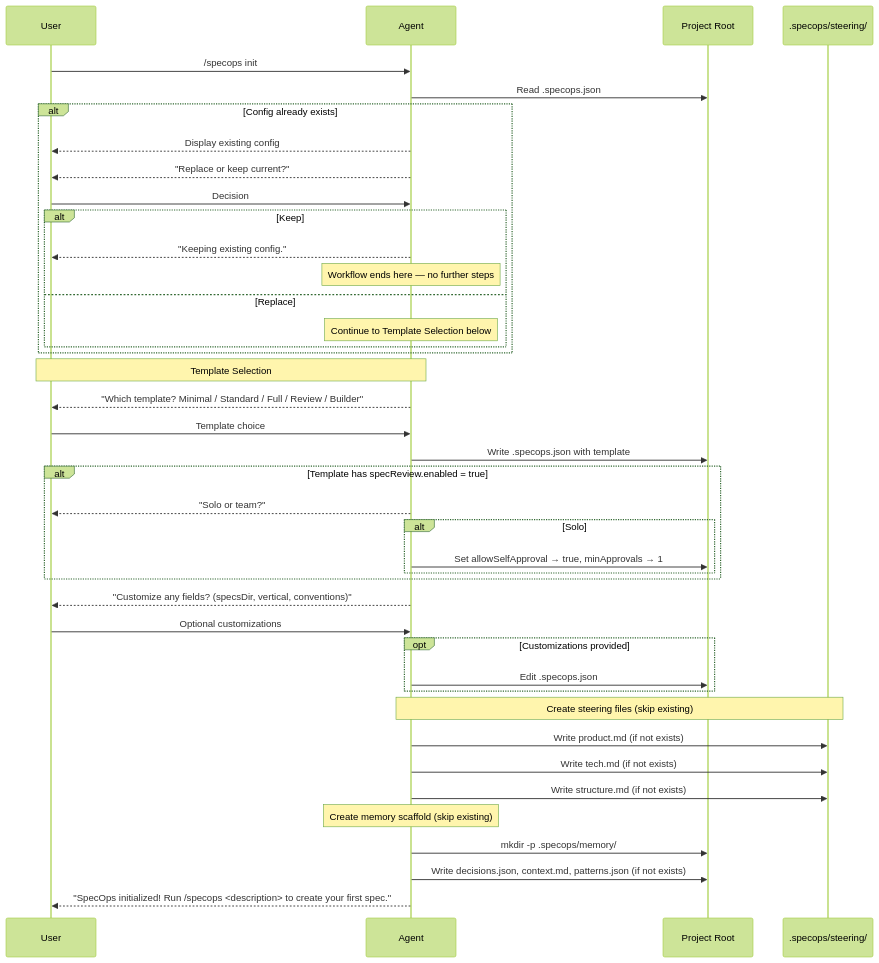
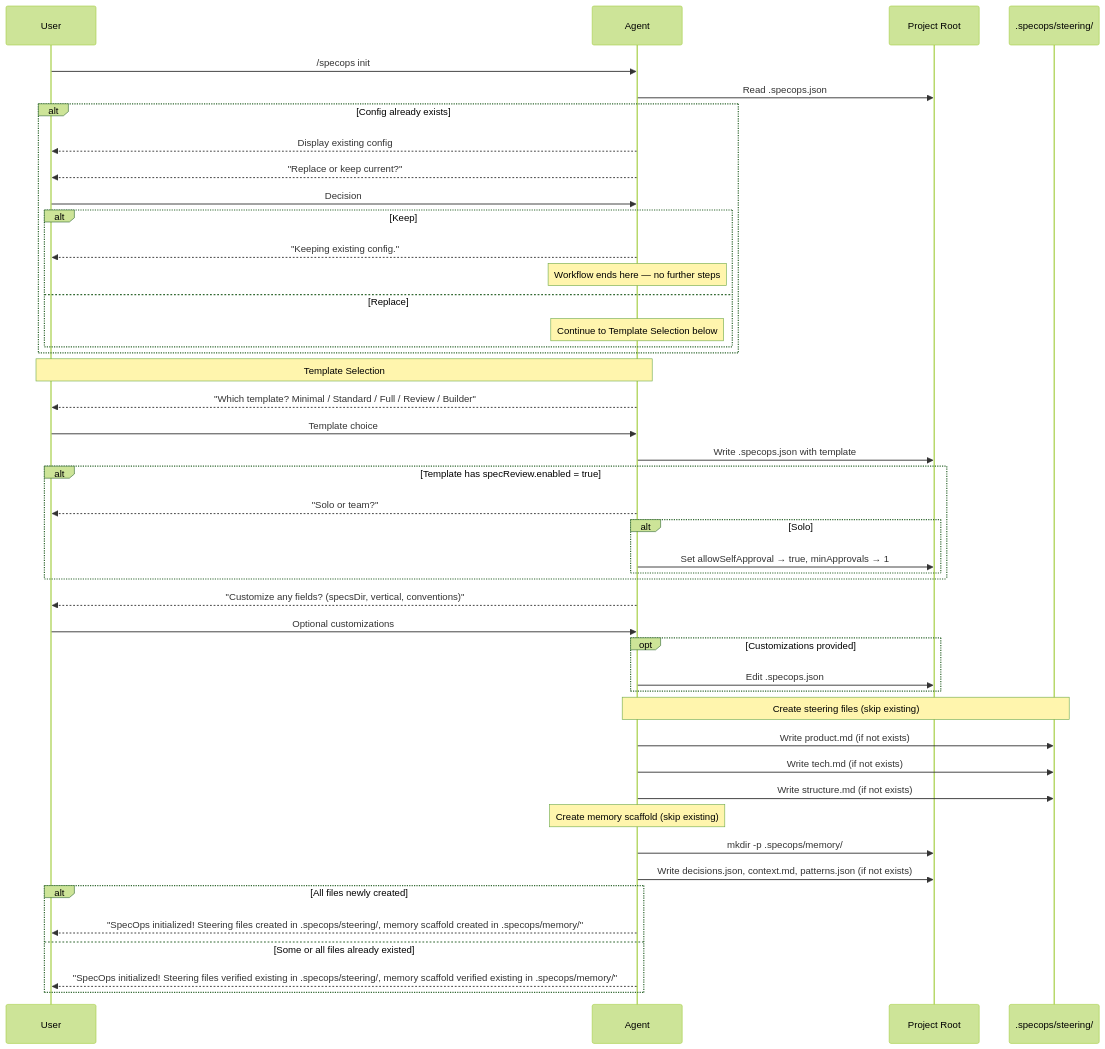
One commit to sanmak/specops changed the eighth of 8 diagrams in docs/DIAGRAMS.md. Above: the diagram before and after it, drawn with Mermaid (forest theme). The commit also changed other lines of this file and 11 other files, not shown here.

First line of the commit message:
fix: address PR #14 review comments — dead code, portability, grammar, heuristic, diagrams

````diff
--- a/docs/DIAGRAMS.md
+++ b/docs/DIAGRAMS.md
@@ -479,52 +479,56 @@
 ```mermaid
 sequenceDiagram
     participant U as User
     participant A as Agent
     participant FS as Project Root
     participant SD as .specops/steering/
 
     U->>A: /specops init
 
     A->>FS: Read .specops.json
     alt Config already exists
         A-->>U: Display existing config
         A-->>U: "Replace or keep current?"
         U->>A: Decision
         alt Keep
             A-->>U: "Keeping existing config."
             Note over A: Workflow ends here — no further steps
         else Replace
             Note over A: Continue to Template Selection below
         end
     end
 
     Note over A,U: Template Selection
 
     A-->>U: "Which template? Minimal / Standard / Full / Review / Builder"
     U->>A: Template choice
     A->>FS: Write .specops.json with template
 
     alt Template has specReview.enabled = true
         A-->>U: "Solo or team?"
         alt Solo
             A->>FS: Set allowSelfApproval → true, minApprovals → 1
         end
     end
 
     A-->>U: "Customize any fields? (specsDir, vertical, conventions)"
     U->>A: Optional customizations
     opt Customizations provided
         A->>FS: Edit .specops.json
     end
 
     Note over A,SD: Create steering files (skip existing)
     A->>SD: Write product.md (if not exists)
     A->>SD: Write tech.md (if not exists)
     A->>SD: Write structure.md (if not exists)
 
     Note over A: Create memory scaffold (skip existing)
     A->>FS: mkdir -p .specops/memory/
     A->>FS: Write decisions.json, context.md, patterns.json (if not exists)
 
-    A-->>U: "SpecOps initialized! Run /specops <description> to create your first spec."
+    alt All files newly created
+        A-->>U: "SpecOps initialized! Steering files created in .specops/steering/, memory scaffold created in .specops/memory/"
+    else Some or all files already existed
+        A-->>U: "SpecOps initialized! Steering files verified existing in .specops/steering/, memory scaffold verified existing in .specops/memory/"
+    end
 ```
````
